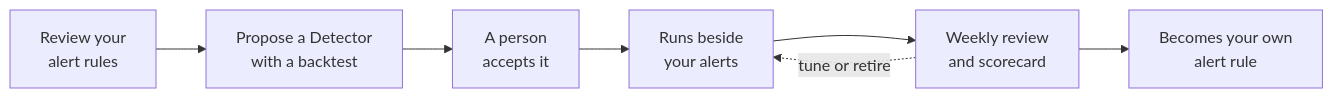
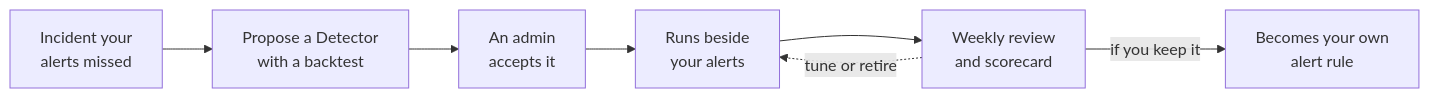
The diagram in guide/incident/detectors.mdx (nhat-tranvan/docs), drawn with Mermaid before and after one commit. The commit also changed other lines of this file and 213 other files, not shown here.

````diff
--- a/guide/incident/detectors.mdx
+++ b/guide/incident/detectors.mdx
@@ -36,9 +55,9 @@
 ```mermaid
 flowchart LR
-    A[Review your<br/>alert rules] --> B[Propose a Detector<br/>with a backtest]
-    B --> C[A person<br/>accepts it]
+    A[Incident your<br/>alerts missed] --> B[Propose a Detector<br/>with a backtest]
+    B --> C[An admin<br/>accepts it]
     C --> D[Runs beside<br/>your alerts]
     D --> E[Weekly review<br/>and scorecard]
-    E --> F[Becomes your own<br/>alert rule]
+    E -->|if you keep it| F[Becomes your own<br/>alert rule]
     E -. tune or retire .-> D
 ```
````
